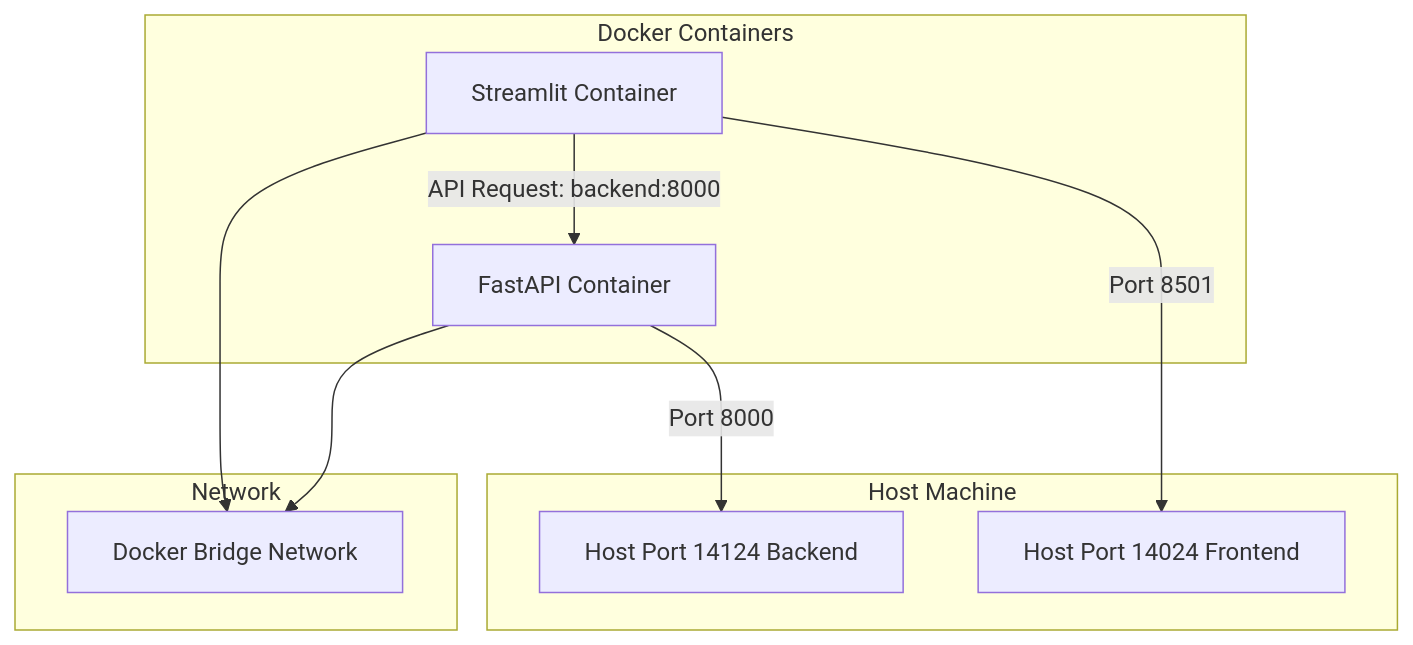
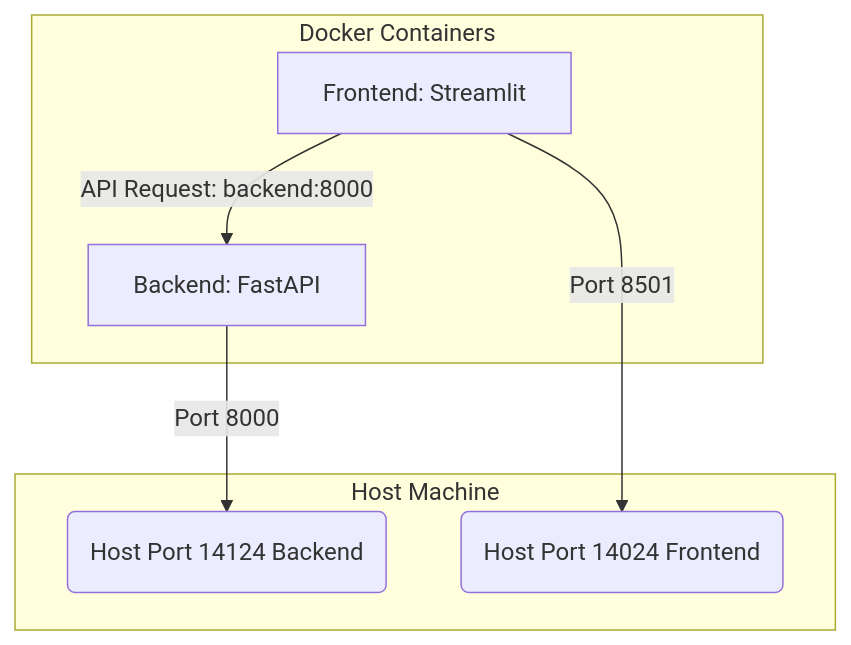
One commit to tama774/streamlit-fastapi-template changed the diagram in README.md. Above: the diagram before and after it, drawn with Mermaid. The commit also changed other lines of this file and 3 other files, not shown here.

````diff
--- a/README.md
+++ b/README.md
@@ -25,22 +25,16 @@
 ```mermaid
 graph TD
-    A[Frontend: Streamlit] -->|API Request: backend:8000| B[Backend: FastAPI]
-    B -->|Port 8000| C(Host Port 14124 Backend)
-    A -->|Port 8501| D(Host Port 14024 Frontend)
-
     subgraph "Docker Containers"
-        A[Streamlit Container]
-        B[FastAPI Container]
+        web[Frontend: Streamlit]
+        api[Backend: FastAPI]
     end
 
     subgraph "Host Machine"
         C[Host Port 14124 Backend]
         D[Host Port 14024 Frontend]
     end
 
-    subgraph "Network"
-        E[Docker Bridge Network]
-        A --> E
-        B --> E
-    end
+    web -->|API Request: backend:8000| api
+    api -->|Port 8000| C(Host Port 14124 Backend)
+    web -->|Port 8501| D(Host Port 14024 Frontend)
 ```
````
